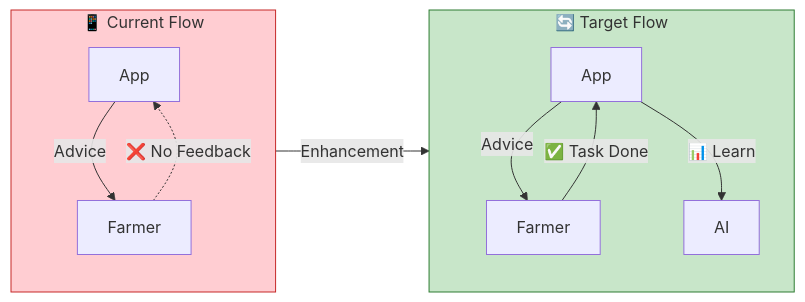
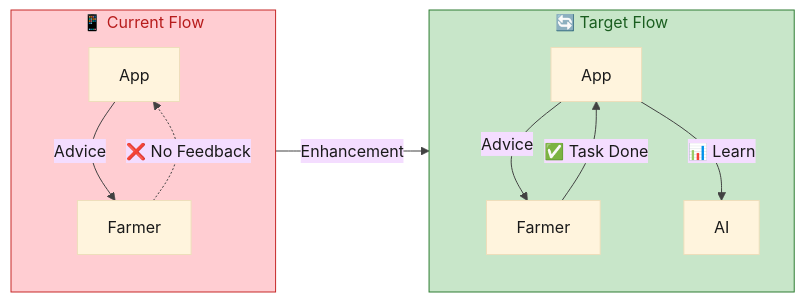
The fifth of 9 diagrams in docs/zekalab/02-GAP-ANALYSIS.md (Px8Studio/yonja), drawn with Mermaid before and after one commit. The commit also changed other lines of this file and 2 other files, not shown here.

Commit message:
Refine styling in architecture diagrams for improved clarity and consistency

````diff
--- a/docs/zekalab/02-GAP-ANALYSIS.md
+++ b/docs/zekalab/02-GAP-ANALYSIS.md
@@ -132,20 +135,21 @@
 ```mermaid
+%%{init: {'theme': 'base', 'themeVariables': { 'primaryTextColor': '#1a1a1a', 'lineColor': '#424242'}}}%%
 flowchart LR
     subgraph now["📱 Current Flow"]
         direction TB
         app1["App"] -->|"Advice"| farmer1["Farmer"]
         farmer1 -.->|"❌ No Feedback"| app1
     end
     
     subgraph future["🔄 Target Flow"]
         direction TB
         app2["App"] -->|"Advice"| farmer2["Farmer"]
         farmer2 -->|"✅ Task Done"| app2
         app2 -->|"📊 Learn"| ai["AI"]
     end
     
     now -->|"Enhancement"| future
     
-    style now fill:#ffcdd2,stroke:#c62828
-    style future fill:#c8e6c9,stroke:#2e7d32
+    style now fill:#ffcdd2,stroke:#c62828,color:#b71c1c
+    style future fill:#c8e6c9,stroke:#2e7d32,color:#1b5e20
 ```
````
